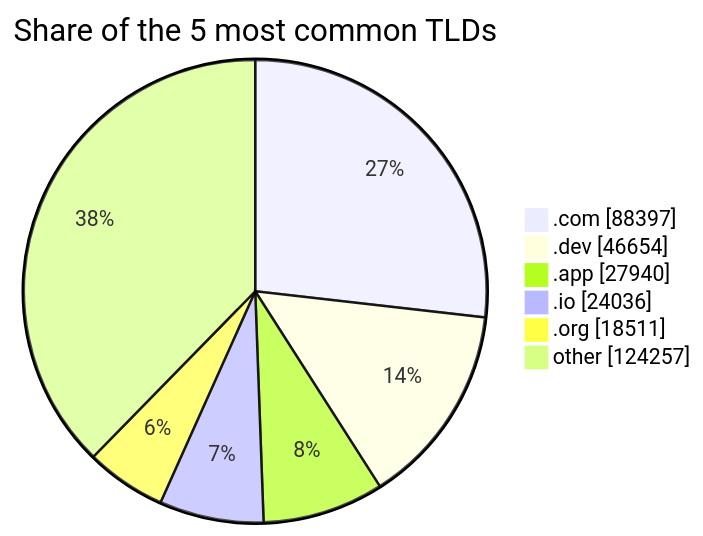
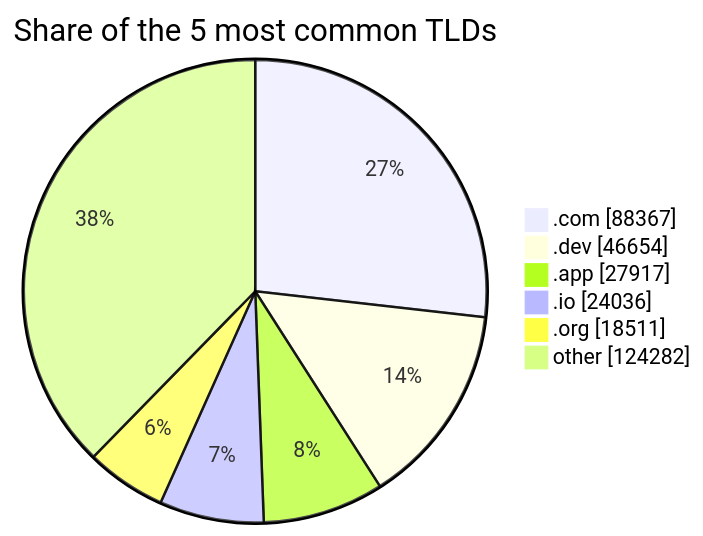
One commit to DNSBunker/CTI changed the third of 3 diagrams in README.md. Above: the diagram before and after it, drawn with Mermaid. The commit also changed other lines of this file and 3 other files, not shown here.

````diff
--- a/README.md
+++ b/README.md
@@ -81,9 +81,9 @@
 ```mermaid
 pie showData title Share of the 5 most common TLDs
-    ".com" : 88397
+    ".com" : 88367
     ".dev" : 46654
-    ".app" : 27940
+    ".app" : 27917
     ".io" : 24036
     ".org" : 18511
-    "other" : 124257
+    "other" : 124282
 ```
````
